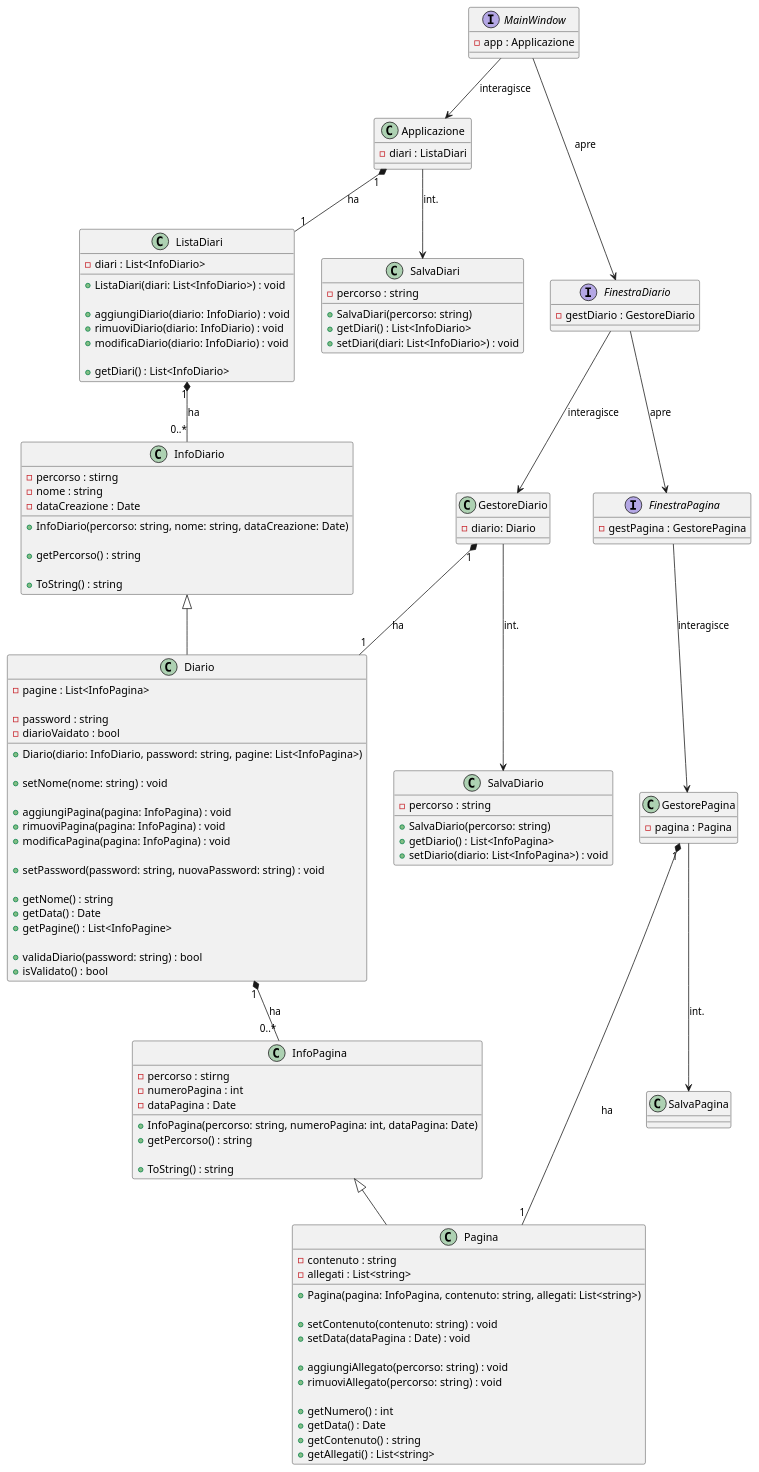
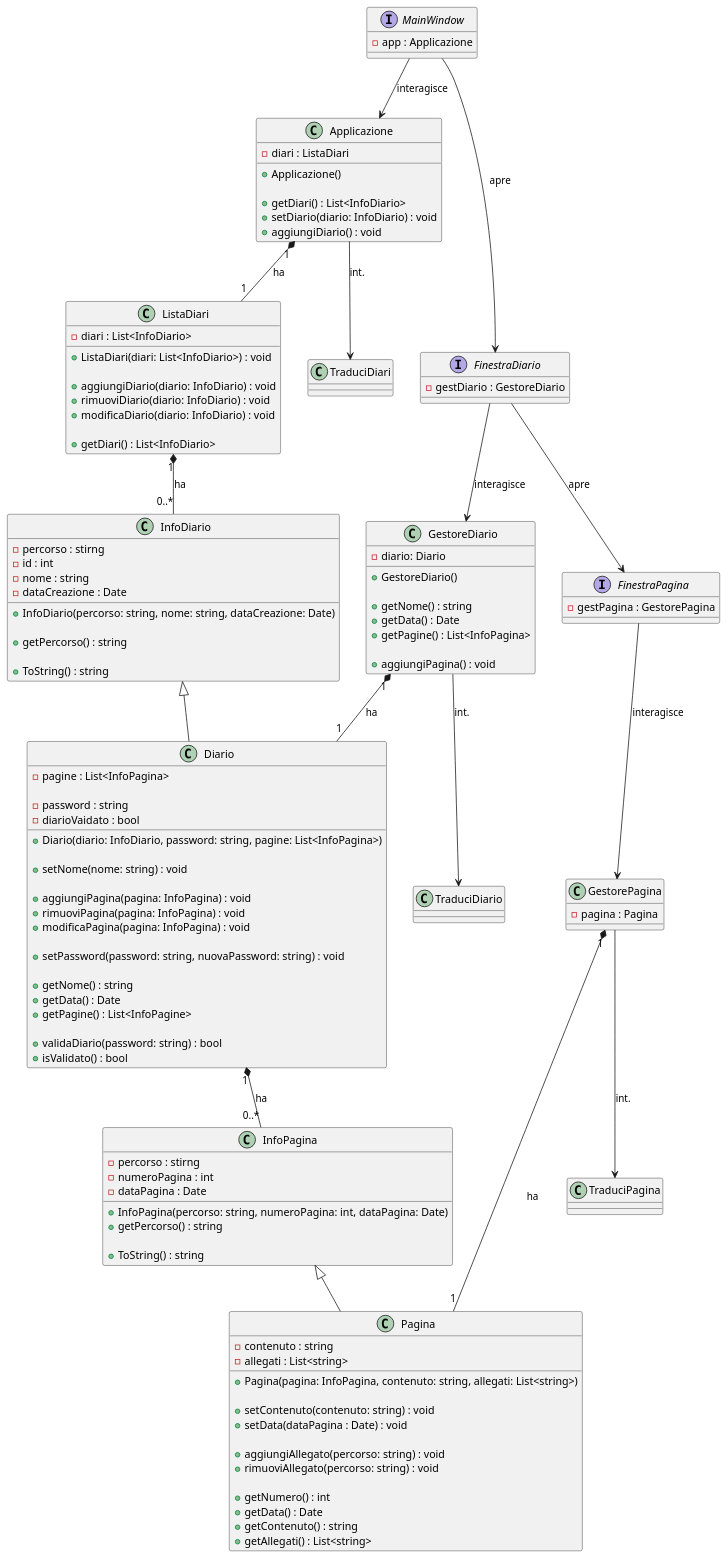
Before and after one commit to Borgo2000/Progetto-diario: the diagram in diagrammi/ClassDiagram.puml, drawn with PlantUML. The commit also changed 5 other files, not shown here.

Commit message:
Modifica diagramma delle classi

```diff
--- a/diagrammi/ClassDiagram.puml
+++ b/diagrammi/ClassDiagram.puml
@@ -1,158 +1,159 @@
 @startuml
 
 'Classi base
 class Applicazione{
     -diari : ListaDiari
+
+    +Applicazione()
+
+    +getDiari() : List<InfoDiario>
+    +setDiario(diario: InfoDiario) : void
+    +aggiungiDiario() : void
 }
 
 class GestoreDiario{
     -diario: Diario
+
+    +GestoreDiario()
+
+    +getNome() : string
+    +getData() : Date
+    +getPagine() : List<InfoPagina>
+
+    +aggiungiPagina() : void
 }
 
 class GestorePagina{
     -pagina : Pagina
 }
 
 'Strutture dati
 class ListaDiari{
     -diari : List<InfoDiario>
 
     +ListaDiari(diari: List<InfoDiario>) : void
 
     +aggiungiDiario(diario: InfoDiario) : void
     +rimuoviDiario(diario: InfoDiario) : void
     +modificaDiario(diario: InfoDiario) : void
 
     +getDiari() : List<InfoDiario>
 }
 
 class InfoDiario{
     -percorso : stirng
+    -id : int
     -nome : string
     -dataCreazione : Date
 
     +InfoDiario(percorso: string, nome: string, dataCreazione: Date)
 
     'per interfacce di salvataggio
     +getPercorso() : string
 
     +ToString() : string
 }
 
 class Diario extends InfoDiario{
     -pagine : List<InfoPagina>
     
     -password : string
     -diarioVaidato : bool
 
     +Diario(diario: InfoDiario, password: string, pagine: List<InfoPagina>)
 
     'setter
     +setNome(nome: string) : void
 
     +aggiungiPagina(pagina: InfoPagina) : void
     +rimuoviPagina(pagina: InfoPagina) : void
     +modificaPagina(pagina: InfoPagina) : void
 
     +setPassword(password: string, nuovaPassword: string) : void
 
     'getter
     +getNome() : string
     +getData() : Date
     +getPagine() : List<InfoPagine>
 
     'sicurezza
     +validaDiario(password: string) : bool
     +isValidato() : bool
 }
 
 class InfoPagina{
     -percorso : stirng
     -numeroPagina : int
     -dataPagina : Date
 
     +InfoPagina(percorso: string, numeroPagina: int, dataPagina: Date)
     +getPercorso() : string
 
     +ToString() : string
 }
 
 class Pagina extends InfoPagina{
     -contenuto : string
     -allegati : List<string>
 
     +Pagina(pagina: InfoPagina, contenuto: string, allegati: List<string>)
 
     'setter
     +setContenuto(contenuto: string) : void
     +setData(dataPagina : Date) : void
     
     +aggiungiAllegato(percorso: string) : void
     +rimuoviAllegato(percorso: string) : void
 
     'getter
     +getNumero() : int
     +getData() : Date
     +getContenuto() : string
     +getAllegati() : List<string>
-
 }
 
-'Salvataggio file
-class SalvaDiari{
-    -percorso : string
-
-    +SalvaDiari(percorso: string)
-    +getDiari() : List<InfoDiario>
-    +setDiari(diari: List<InfoDiario>) : void
+'Traduttori dati
+class TraduciDiari{
+    
 }
 
-class SalvaDiario{
-    -percorso : string
-
-    +SalvaDiario(percorso: string)
-    +getDiario() : List<InfoPagina>
-    +setDiario(diario: List<InfoPagina>) : void
-}
-
-class SalvaPagina{}
+class TraduciDiario{}
+class TraduciPagina{}
 
 'Interfacce utente
 interface MainWindow{
     -app : Applicazione
 }
 
 interface FinestraDiario{
     -gestDiario : GestoreDiario
 }
 
 interface FinestraPagina{
     -gestPagina : GestorePagina
 }
 
 'Interazioni tra interfacce
 MainWindow --> FinestraDiario : apre
 FinestraDiario --> FinestraPagina : apre
 
 'Interazioni con interfacce
 MainWindow --> Applicazione : interagisce
 FinestraDiario --> GestoreDiario : interagisce
 FinestraPagina --> GestorePagina : interagisce
 
 'Relazioni
 Applicazione "1" *-- "1" ListaDiari : ha
 GestoreDiario "1" *-- "1" Diario : ha
 GestorePagina "1" *-- "1" Pagina : ha
 
-'Relazioni lettura scrittura
-Applicazione --> SalvaDiari : int.
-
-GestoreDiario --> SalvaDiario : int.
-
-GestorePagina --> SalvaPagina : int.
+'Relazioni traduzione
+Applicazione --> TraduciDiari : int.
+GestoreDiario --> TraduciDiario : int.
+GestorePagina --> TraduciPagina : int.
 
 'Relazioni strutture dati
 ListaDiari "1" *-- "0..*" InfoDiario : ha
 Diario "1" *-- "0..*" InfoPagina : ha
 
 @enduml
```
